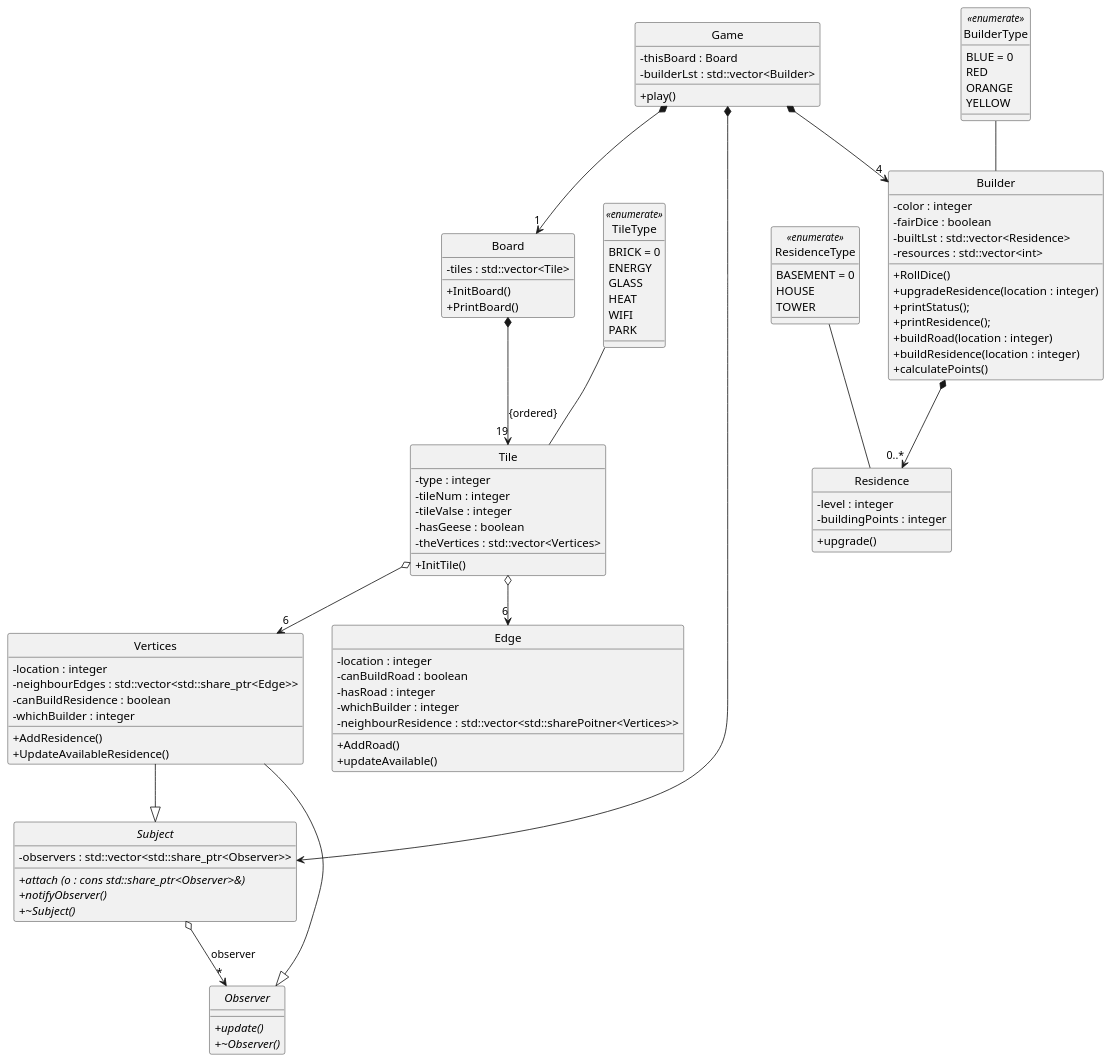
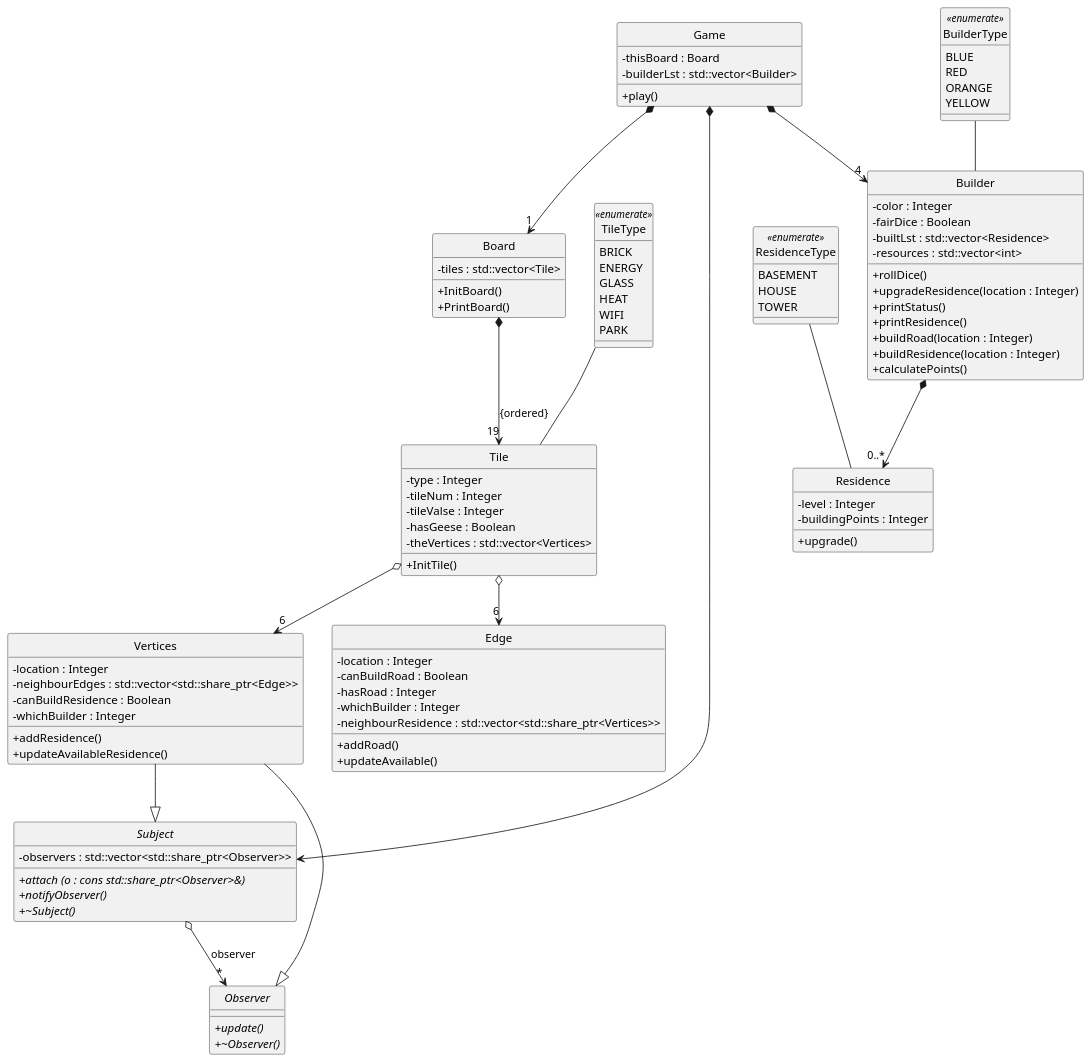
The diagram in UML.wsd (Charles-Shang/constructor), drawn with PlantUML before and after one commit.

```diff
--- a/UML.wsd
+++ b/UML.wsd
@@ -1,114 +1,114 @@
 @startuml CS246 Final Project UML 
 skinparam style strictuml
 skinparam SequenceMessageAlignment center
 skinparam classAttributeIconSize 0
 
 
 class Board  {
     -tiles : std::vector<Tile>
     +InitBoard()
     +PrintBoard()
 } 
 
 enum TileType << enumerate >> {
-    BRICK = 0
+    BRICK 
     ENERGY 
     GLASS 
     HEAT 
     WIFI 
     PARK
 }
 
 class Tile {
-    - type : integer
-    - tileNum : integer
-    - tileValse : integer
-    - hasGeese : boolean
+    - type : Integer
+    - tileNum : Integer
+    - tileValse : Integer
+    - hasGeese : Boolean
     - theVertices : std::vector<Vertices>
     + InitTile()
 } 
 abstract class Observer {
     + {abstract} update()
     + {abstract} ~Observer()
 }
 
 abstract class Subject {
     - observers : std::vector<std::share_ptr<Observer>>
     + {abstract} attach (o : cons std::share_ptr<Observer>&)
     + {abstract} notifyObserver()
     + {abstract} ~Subject()
 }
 
 class Vertices {
-    - location : integer
+    - location : Integer
     - neighbourEdges : std::vector<std::share_ptr<Edge>> 
-    - canBuildResidence : boolean
-    - whichBuilder : integer
-    + AddResidence()
-    + UpdateAvailableResidence()
+    - canBuildResidence : Boolean
+    - whichBuilder : Integer
+    + addResidence()
+    + updateAvailableResidence()
 }
 
 class Edge {
-    - location : integer 
-    - canBuildRoad : boolean
-    - hasRoad : integer 
-    - whichBuilder : integer 
-    - neighbourResidence : std::vector<std::sharePoitner<Vertices>>
-    + AddRoad()
+    - location : Integer 
+    - canBuildRoad : Boolean
+    - hasRoad : Integer 
+    - whichBuilder : Integer 
+    - neighbourResidence : std::vector<std::share_ptr<Vertices>>
+    + addRoad()
     + updateAvailable() 
 }
 
 enum BuilderType << enumerate >> {
-    BLUE = 0
+    BLUE 
     RED 
     ORANGE 
     YELLOW 
 }
 
 class Builder {
-    - color : integer 
-    - fairDice : boolean
+    - color : Integer 
+    - fairDice : Boolean
     - builtLst : std::vector<Residence> 
     - resources : std::vector<int>
-    + RollDice()
-    + upgradeResidence(location : integer)
-    + printStatus();
-    + printResidence();
-    + buildRoad(location : integer) 
-    + buildResidence(location : integer)
+    + rollDice()
+    + upgradeResidence(location : Integer)
+    + printStatus()
+    + printResidence()
+    + buildRoad(location : Integer) 
+    + buildResidence(location : Integer)
     + calculatePoints()
 }
 
 enum ResidenceType << enumerate >> {
-    BASEMENT = 0
+    BASEMENT 
     HOUSE
     TOWER  
 }
 
 class Residence {
-    - level : integer 
-    - buildingPoints : integer 
+    - level : Integer 
+    - buildingPoints : Integer 
     + upgrade()
 }
 
 class Game {
     - thisBoard : Board 
     - builderLst : std::vector<Builder>
     + play()
 }
 
 Game *--> "1" Board
 Game *--> Subject
 Subject o--> "*" Observer : "observer"
 Vertices --|> Subject 
 Vertices --|> Observer 
 Game *--> "4" Builder
 Board *--> "19" Tile : {ordered}
 Tile o--> "6" Edge
 Tile o--> "6" Vertices
 Builder *--> "0..*"Residence
 BuilderType -- Builder 
 TileType -- Tile 
 ResidenceType -- Residence
 
 @enduml
```
